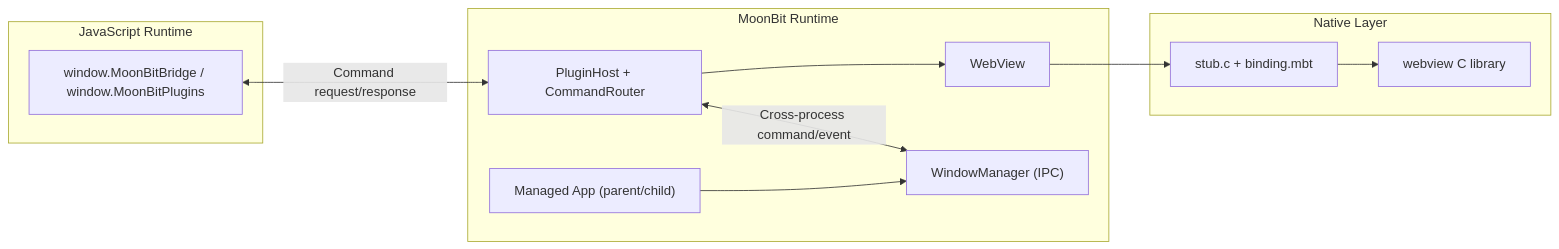
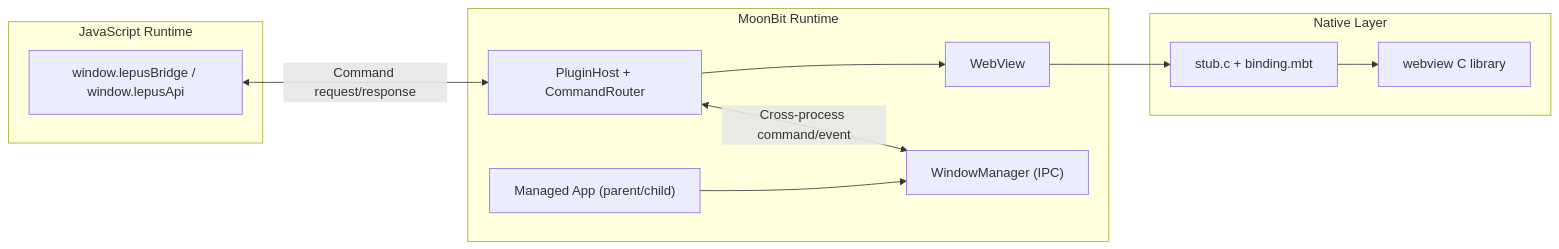
One commit to lepus-apps/lepus_webview changed the diagram in README.mbt.md. Above: the diagram before and after it, drawn with Mermaid. The commit also changed 9 other files, not shown here.

````diff
--- a/README.mbt.md
+++ b/README.mbt.md
@@ -13,24 +13,24 @@
 ```mermaid
 flowchart LR
     subgraph JS["JavaScript Runtime"]
-        JSAPI["window.MoonBitBridge / window.MoonBitPlugins"]
+        JSAPI["window.lepusBridge / window.lepusApi"]
     end
 
     subgraph MB["MoonBit Runtime"]
         WV["WebView"]
         PL["PluginHost + CommandRouter"]
         WM["WindowManager (IPC)"]
         APP["Managed App (parent/child)"]
     end
 
     subgraph NATIVE["Native Layer"]
         STUB["stub.c + binding.mbt"]
         LIB["webview C library"]
     end
 
     JSAPI <-->|"Command request/response"| PL
     PL <-->|"Cross-process command/event"| WM
     APP --> WM
     PL --> WV
     WV --> STUB --> LIB
 ```
````
